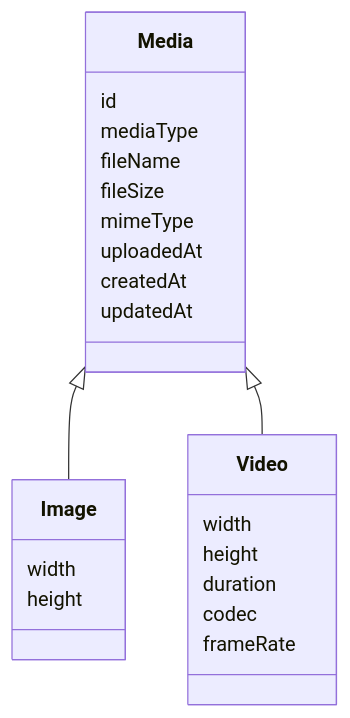
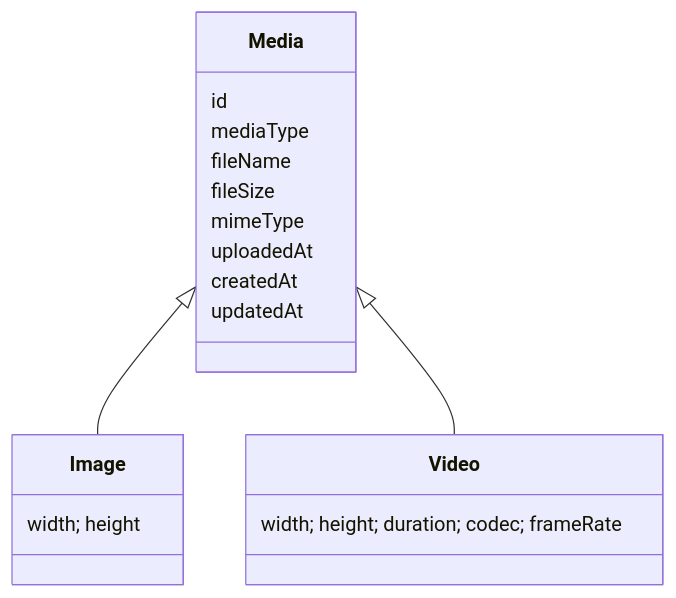
The diagram in pages/media/index.mdx (hazuki3417/memoria-design), drawn with Mermaid before and after one commit. The commit also changed other lines of this file and 58 other files, not shown here.

````diff
--- a/pages/media/index.mdx
+++ b/pages/media/index.mdx
@@ -14,26 +11,17 @@
 ```mermaid
 classDiagram
-    class Media {
-        id
-        mediaType
-        fileName
-        fileSize
-        mimeType
-        uploadedAt
-        createdAt
-        updatedAt
-    }
-    class Image {
-        width
-        height
-    }
-    class Video {
-        width
-        height
-        duration
-        codec
-        frameRate
-    }
-    Media <|-- Image
-    Media <|-- Video
+  class Media {
+    id
+    mediaType
+    fileName
+    fileSize
+    mimeType
+    uploadedAt
+    createdAt
+    updatedAt
+  }
+  class Image { width; height }
+  class Video { width; height; duration; codec; frameRate }
+  Media <|-- Image
+  Media <|-- Video
 ```
````
